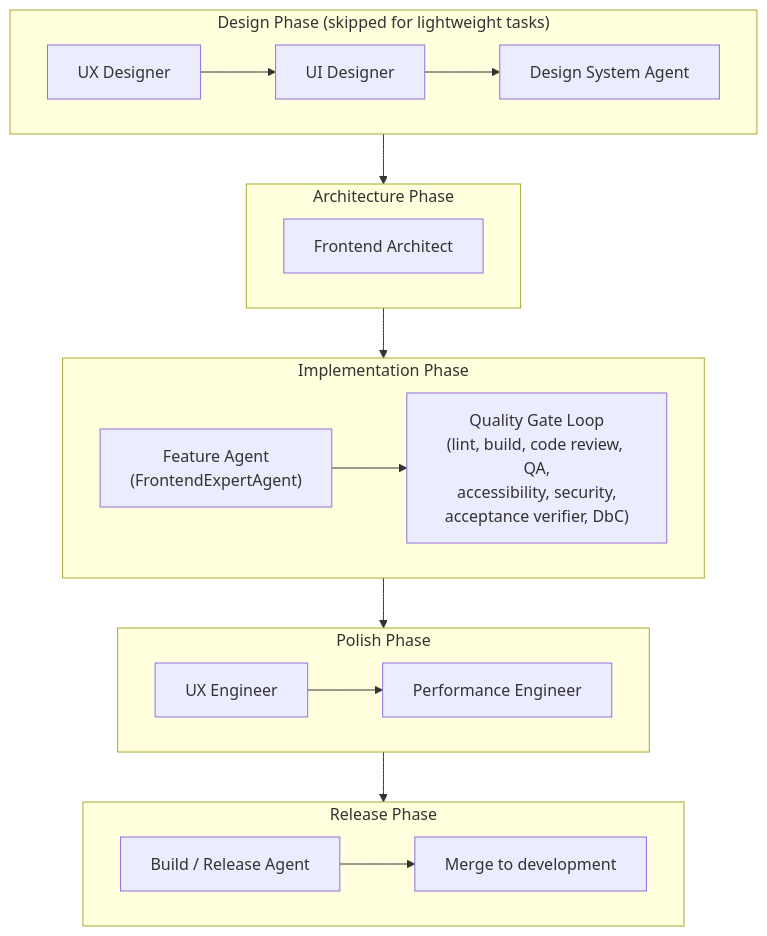
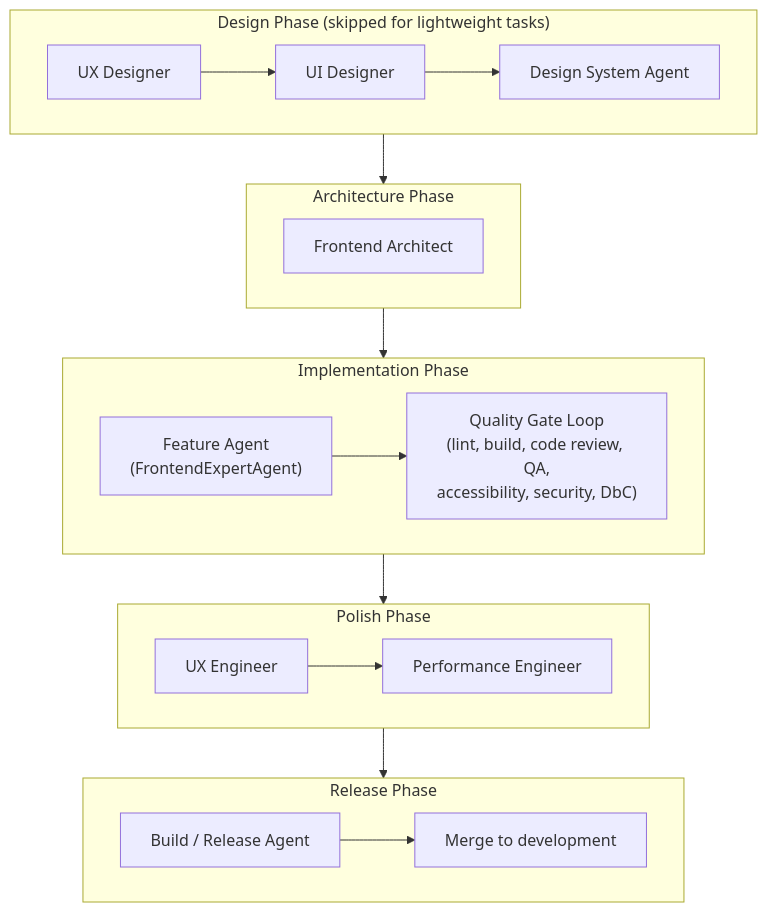
One commit to brandonkindred/Khala-Agentic-AI-Teams changed the eighth of 15 diagrams in docs/ARCHITECTURE.md. Above: the diagram before and after it, drawn with Mermaid. The commit also changed other lines of this file and 5 other files, not shown here.

First line of the commit message:
Remove remaining Acceptance Verifier references flagged by review

````diff
--- a/docs/ARCHITECTURE.md
+++ b/docs/ARCHITECTURE.md
@@ -359,33 +356,33 @@
 ```mermaid
 flowchart TB
     subgraph designPhase ["Design Phase (skipped for lightweight tasks)"]
         UXDesigner["UX Designer"]
         UIDesigner["UI Designer"]
         DesignSys["Design System Agent"]
         UXDesigner --> UIDesigner --> DesignSys
     end
 
     subgraph archPhase [Architecture Phase]
         FEArchitect["Frontend Architect"]
     end
 
     subgraph implPhase [Implementation Phase]
         FeatureAgent["Feature Agent\n(FrontendExpertAgent)"]
-        QualityLoop["Quality Gate Loop\n(lint, build, code review, QA,\naccessibility, security,\nacceptance verifier, DbC)"]
+        QualityLoop["Quality Gate Loop\n(lint, build, code review, QA,\naccessibility, security, DbC)"]
         FeatureAgent --> QualityLoop
     end
 
     subgraph polishPhase [Polish Phase]
         UXEngineer["UX Engineer"]
         PerfEngineer["Performance Engineer"]
         UXEngineer --> PerfEngineer
     end
 
     subgraph releasePhase [Release Phase]
         BuildRelease["Build / Release Agent"]
         MergeBranch["Merge to development"]
         BuildRelease --> MergeBranch
     end
 
     designPhase --> archPhase --> implPhase --> polishPhase --> releasePhase
 ```
````
